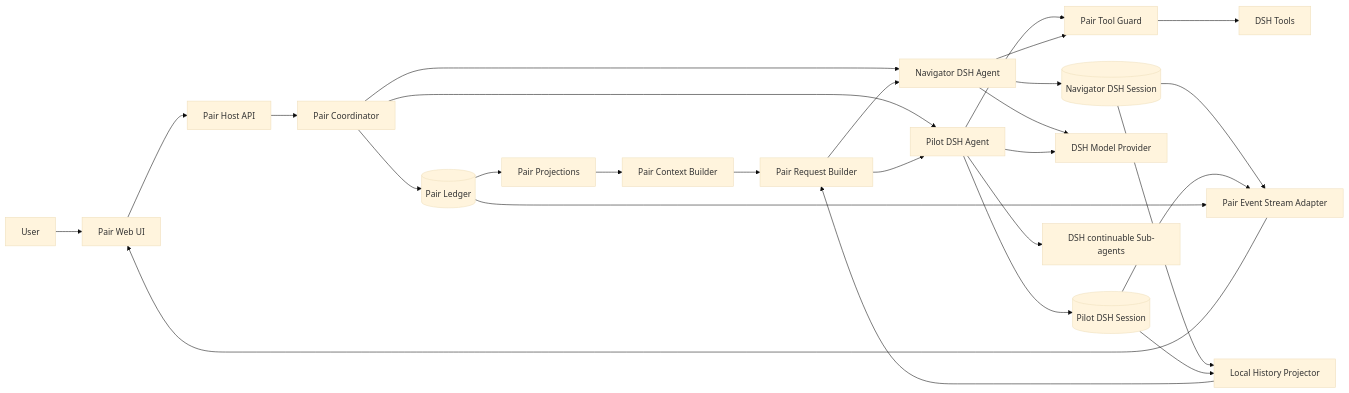
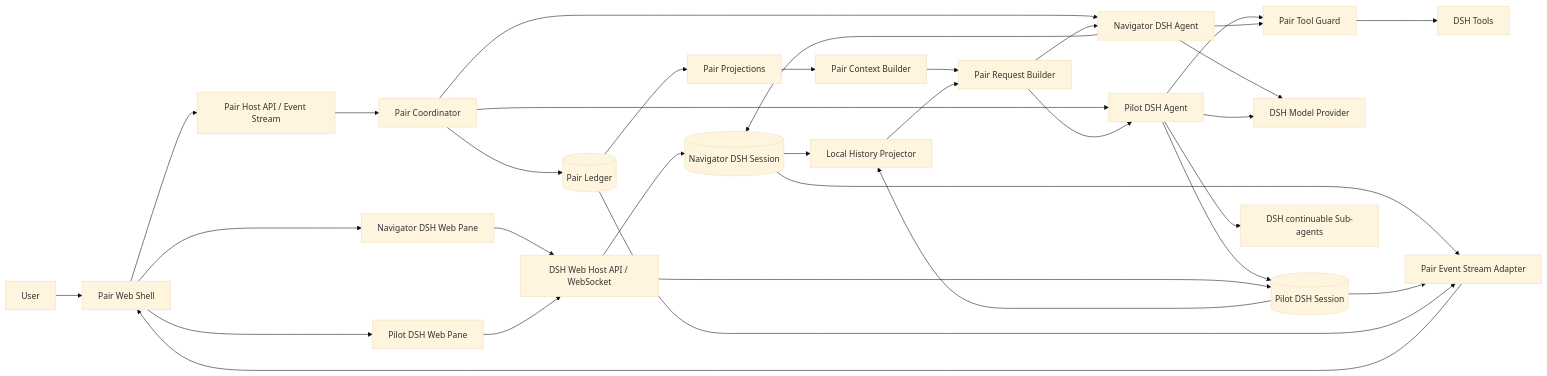
One commit to shallinta/agent-in-one changed the diagram in pair-agent/pair-agent-dsh-mvp.md. Above: the diagram before and after it, drawn with Mermaid (base theme). The commit also changed other lines of this file and 18 other files, not shown here.

First line of the commit message:
feat(pair): version shared event model projection

````diff
--- a/pair-agent/pair-agent-dsh-mvp.md
+++ b/pair-agent/pair-agent-dsh-mvp.md
@@ -110,36 +110,42 @@
 ```mermaid
 flowchart LR
-    U[User] --> UI[Pair Web UI]
-    UI --> API[Pair Host API]
+    U[User] --> UI[Pair Web Shell]
+    UI --> NP[Navigator DSH Web Pane]
+    UI --> PP[Pilot DSH Web Pane]
+    NP --> DH[DSH Web Host API / WebSocket]
+    PP --> DH
+    UI --> API[Pair Host API / Event Stream]
     API --> PC[Pair Coordinator]
 
     PC --> PL[(Pair Ledger)]
     PL --> PR[Pair Projections]
     PR --> CB[Pair Context Builder]
     NS --> HP[Local History Projector]
     PS --> HP
     CB --> RB[Pair Request Builder]
     HP --> RB
 
     PC --> NA[Navigator DSH Agent]
     PC --> PA[Pilot DSH Agent]
     RB --> NA
     RB --> PA
 
     NA --> NS[(Navigator DSH Session)]
     PA --> PS[(Pilot DSH Session)]
 
     NA --> MP[DSH Model Provider]
     PA --> MP
 
     PA --> TG[Pair Tool Guard]
     NA --> TG
     TG --> DT[DSH Tools]
 
     PA --> SA[DSH continuable Sub-agents]
 
     NS --> ES[Pair Event Stream Adapter]
     PS --> ES
     PL --> ES
     ES --> UI
+    DH --> NS
+    DH --> PS
 ```
````
